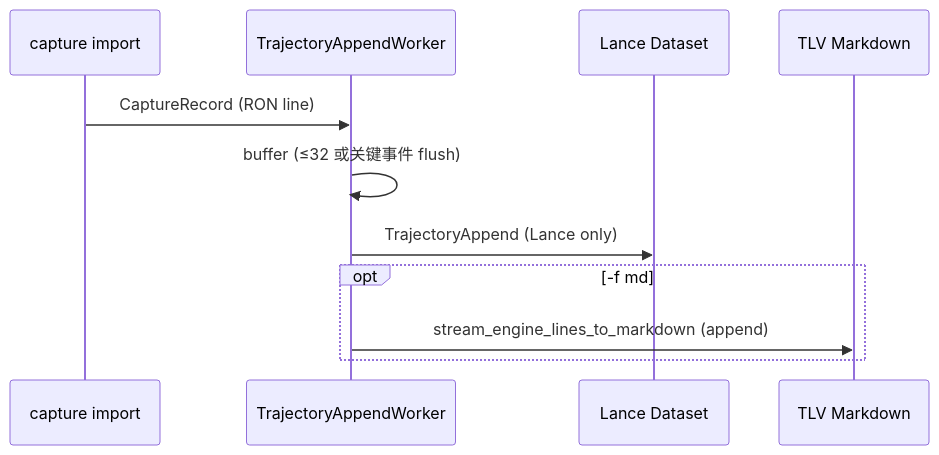
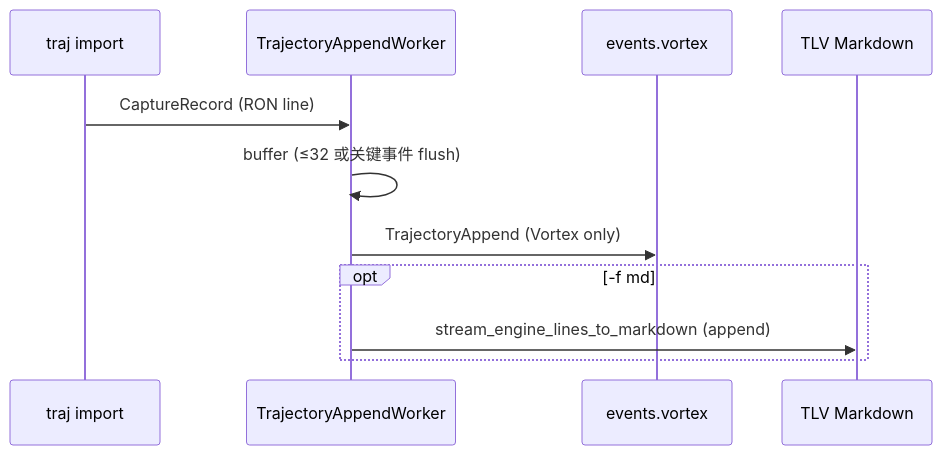
One commit to DeepLink-org/Persisting changed the third of 5 diagrams in docs/src/design/trajectory_storage.zh.md. Above: the diagram before and after it, drawn with Mermaid. The commit also changed other lines of this file and 69 other files, not shown here.

First line of the commit message:
Refactor persisting-capture crate to replace Lance references with Vortex

````diff
--- a/docs/src/design/trajectory_storage.zh.md
+++ b/docs/src/design/trajectory_storage.zh.md
@@ -158,14 +157,14 @@
 ```mermaid
 sequenceDiagram
-    participant Import as capture import
+    participant Import as traj import
     participant Worker as TrajectoryAppendWorker
-    participant Lance as Lance Dataset
+    participant Vortex as events.vortex
     participant MD as TLV Markdown
 
     Import->>Worker: CaptureRecord (RON line)
     Worker->>Worker: buffer (≤32 或关键事件 flush)
-    Worker->>Lance: TrajectoryAppend (Lance only)
+    Worker->>Vortex: TrajectoryAppend (Vortex only)
     opt -f md
         Worker->>MD: stream_engine_lines_to_markdown (append)
     end
 ```
````
